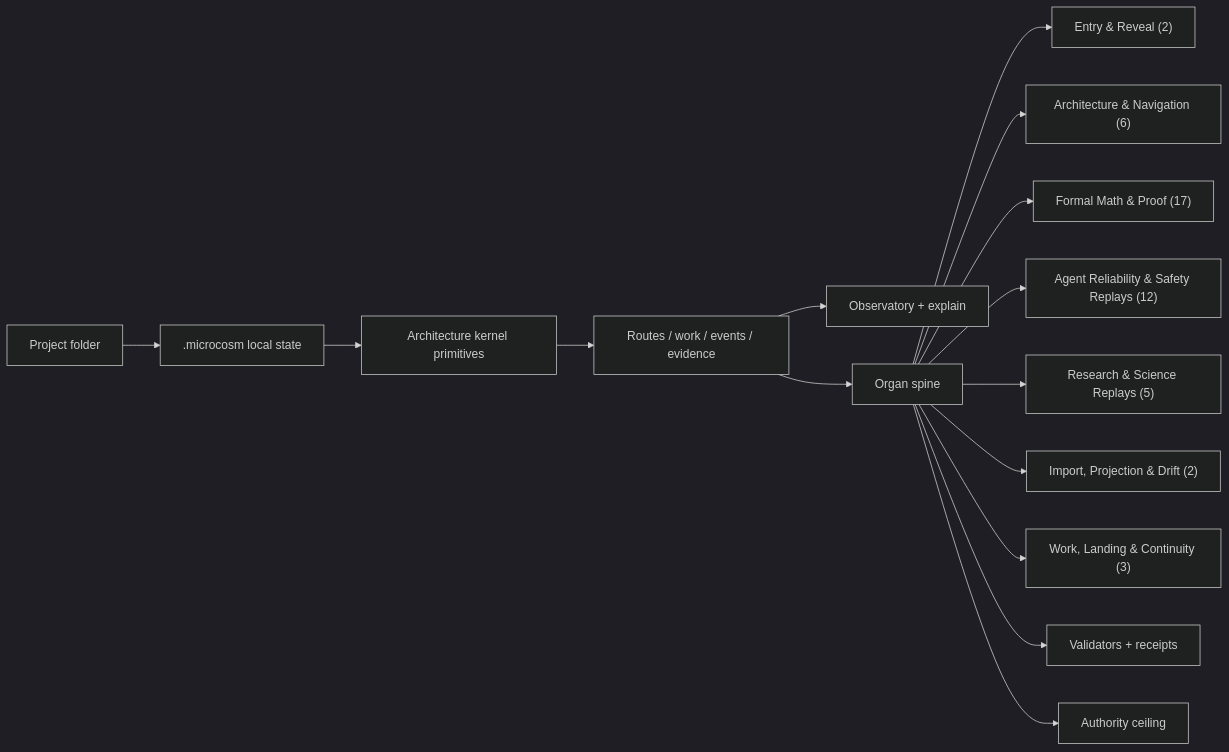
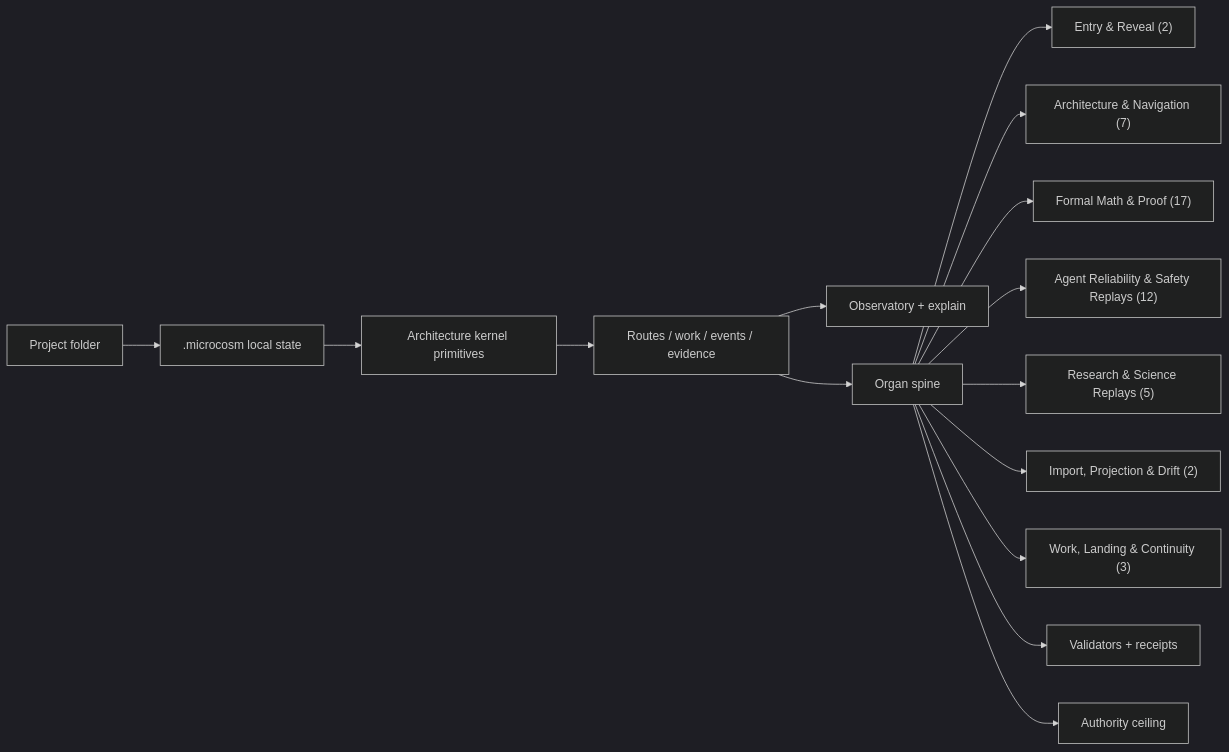
One commit to wcook04/plectis changed the third of 4 diagrams in ARCHITECTURE.md. Above: the diagram before and after it, drawn with Mermaid (dark theme). The commit also changed other lines of this file and 48 other files, not shown here.

````diff
--- a/ARCHITECTURE.md
+++ b/ARCHITECTURE.md
@@ -67,17 +67,17 @@
 ```mermaid
 flowchart LR
   P[Project folder] --> M[".microcosm local state"]
   M --> K[Architecture kernel primitives]
   K --> R[Routes / work / events / evidence]
   R --> O[Observatory + explain]
   R --> S[Organ spine]
   S --> EAR["Entry & Reveal (2)"]
-  S --> AAN["Architecture & Navigation (6)"]
+  S --> AAN["Architecture & Navigation (7)"]
   S --> FMAP["Formal Math & Proof (17)"]
   S --> ARAS["Agent Reliability & Safety Replays (12)"]
   S --> RASR["Research & Science Replays (5)"]
   S --> IPAD["Import, Projection & Drift (2)"]
   S --> WLAC["Work, Landing & Continuity (3)"]
   S --> V[Validators + receipts]
   S --> AC[Authority ceiling]
 ```
````
